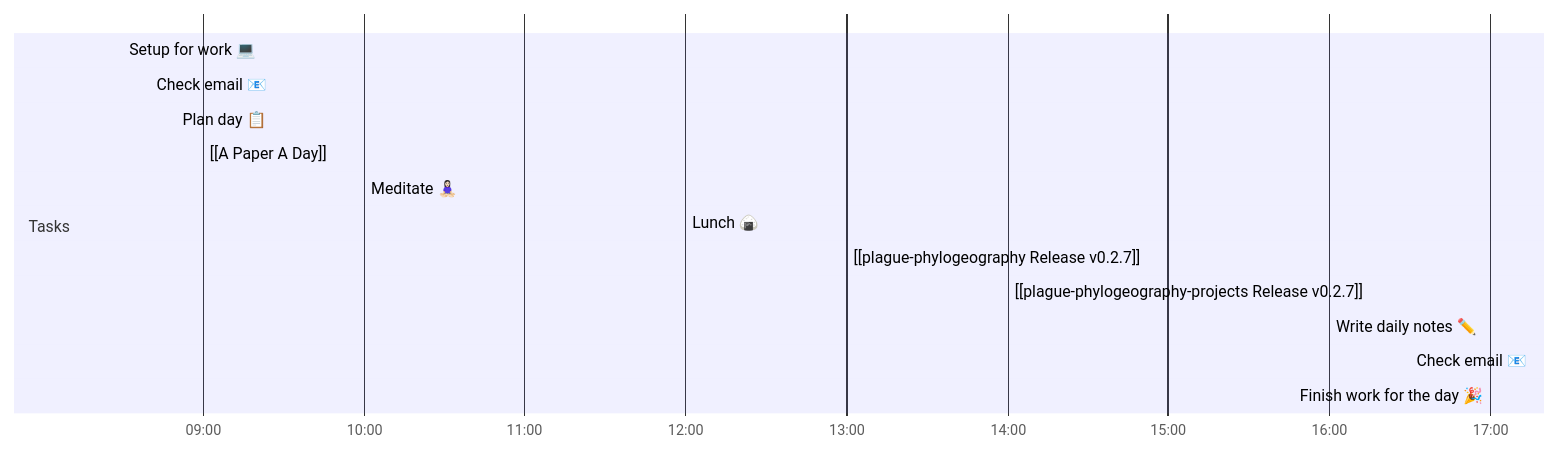
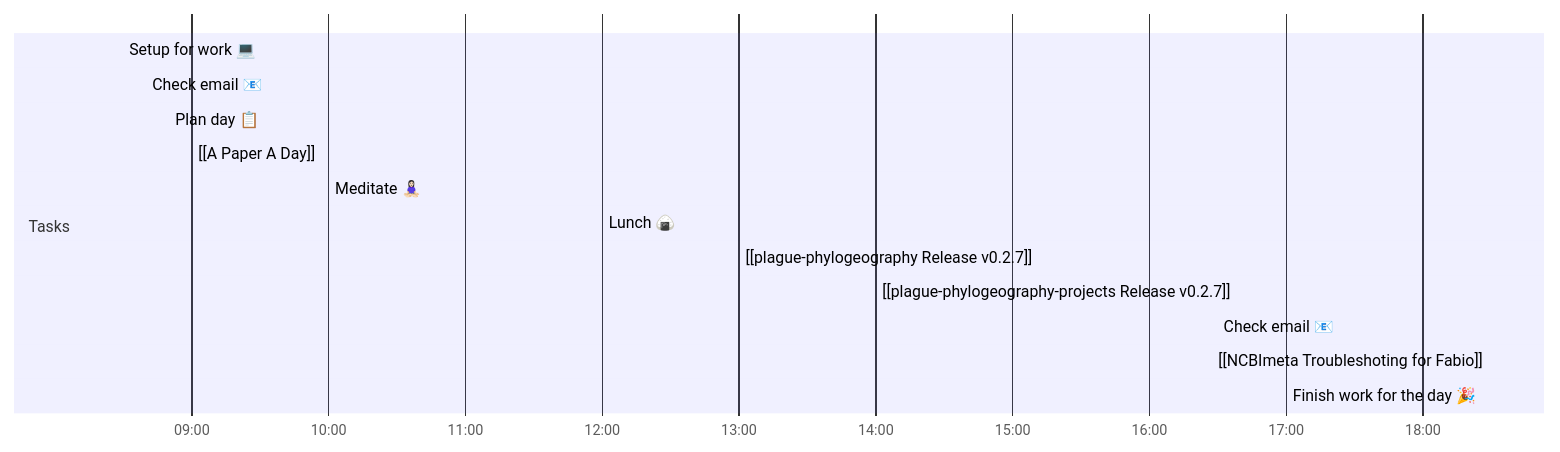
The diagram in academic/2021-05-18.md (ktmeaton/obsidian-public), drawn with Mermaid before and after one commit. The commit also changed other lines of this file and 26 other files, not shown here.

````diff
--- a/academic/2021-05-18.md
+++ b/academic/2021-05-18.md
@@ -14,20 +14,20 @@
 ```mermaid
 gantt
     dateFormat  HH-mm
     axisFormat %H:%M
-    %% Current Time: 2:25:16 PM
+    %% Current Time: 8:28:08 PM
     section Tasks
     Setup for work 💻     :08-30, 10mm
     Check email 📧     :08-40, 10mm
     Plan day 📋     :08-50, 10mm
     [[A Paper A Day]]     :09-00, 60mm
     Meditate 🧘🏻‍♀️     :10-00, 120mm
     Lunch 🍙     :12-00, 60mm
     [[plague-phylogeography Release v0.2.7]]     :13-00, 60mm
-    [[plague-phylogeography-projects Release v0.2.7]]     :14-00, 120mm
-    Write daily notes ✏️     :16-00, 30mm
-    Check email 📧     :16-30, 30mm
+    [[plague-phylogeography-projects Release v0.2.7]]     :14-00, 150mm
+    Check email 📧     :16-30, 120mm
+    [[NCBImeta Troubleshoting for Fabio]]     :18-30, -90mm
     Finish work for the day 🎉     :17-00, 0mm
     section Breaks
 
 ```
````
